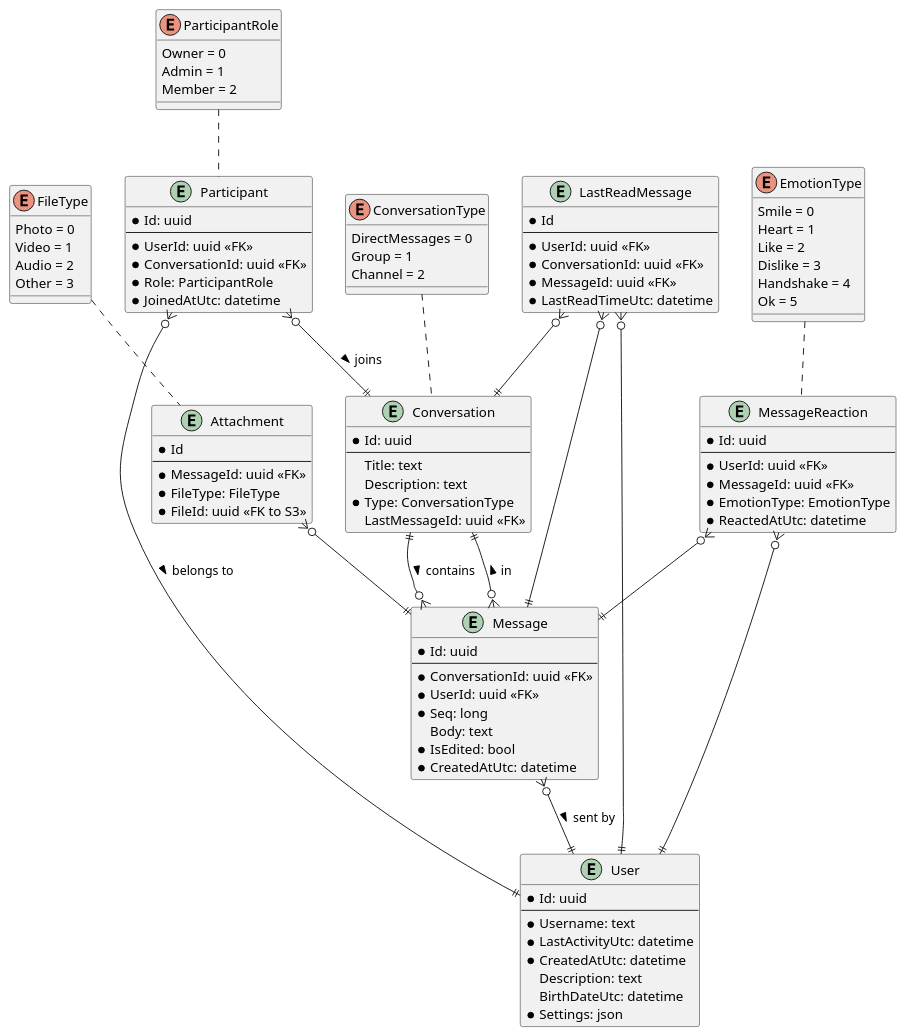
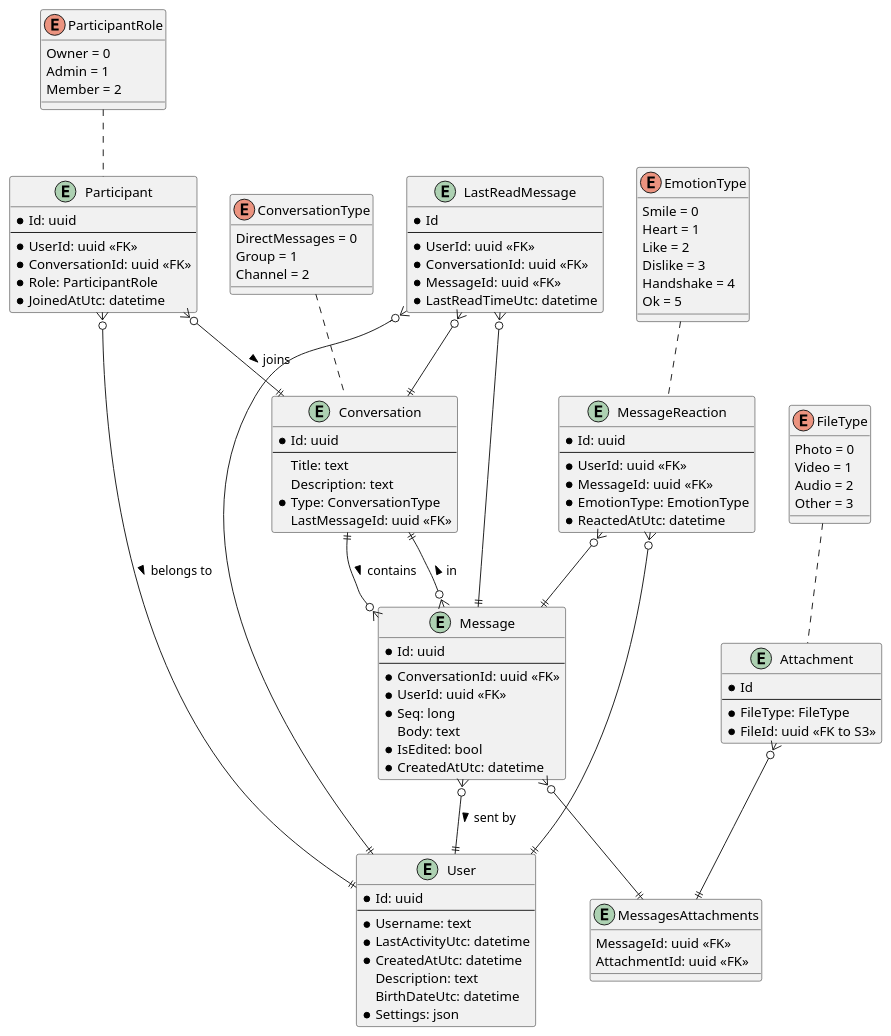
One commit to dkovban/pet-chat changed the diagram in Docs/PetChat.DatabaseDesign/DbDesign.puml. Above: the diagram before and after it, drawn with PlantUML. The commit also changed 1 other file, not shown here.

Commit message:
#3 - db schemas changed

```diff
--- a/Docs/PetChat.DatabaseDesign/DbDesign.puml
+++ b/Docs/PetChat.DatabaseDesign/DbDesign.puml
@@ -1,119 +1,125 @@
 @startuml USD
 
 enum ConversationType {
     DirectMessages = 0
     Group = 1
     Channel = 2
 }
 
 enum ParticipantRole {
     Owner = 0
     Admin = 1
     Member = 2
 }
 
 enum EmotionType {
     Smile = 0
     Heart = 1
     Like = 2
     Dislike = 3
     Handshake = 4
     Ok = 5
 }
 
 enum FileType {
     Photo = 0
     Video = 1
     Audio = 2
     Other = 3
 }
 
 entity User {
     * Id: uuid                                  /' Id пользователя '/
     --
     * Username: text                            /' Никнейм пользователя '/
     * LastActivityUtc: datetime                 /' Время последней активности пользователя '/
     * CreatedAtUtc: datetime                    /' Время регистрации аккаунта '/
     Description: text                           /' Описание пользователя '/
     BirthDateUtc: datetime                      /' Дата рождения пользователя '/
     * Settings: json                            /' Личные настройки пользователя '/
 }
 
 entity Conversation {
     * Id: uuid                                  /' Id разговора '/
     --
     Title: text                                 /' Наименование разговора '/
     Description: text                           /' Описание разговора '/
     * Type: ConversationType                    /' Тип разговора '/
     LastMessageId: uuid <<FK>>                  /' Id последнего сообщения в разговоре '/
 }
 
 entity Participant {
     * Id: uuid                                  /' Id участника разговора '/
     --
     * UserId: uuid <<FK>>                       /' Id пользователя '/
     * ConversationId: uuid <<FK>>               /' Id разговора '/
     * Role: ParticipantRole                     /' Роль участника разговора '/
     * JoinedAtUtc: datetime                     /' Время вступления в разговор '/
 }
 
 entity Message {
     * Id: uuid                                  /' Id сообщения '/
     --
     * ConversationId: uuid <<FK>>               /' Id разговора '/
     * UserId: uuid <<FK>>                       /' Id пользователя '/
     * Seq: long                                 /' Порядковый номер сообщения в разговоре '/
     Body: text                                  /' Текст сообщения '/
     * IsEdited: bool                            /' Флаг присутствия изменений в сообщении '/
     * CreatedAtUtc: datetime                    /' Время создания сообщения '/
 }
 
+entity MessagesAttachments
+{
+    MessageId: uuid <<FK>>                      /' Id сообщения '/
+    AttachmentId: uuid <<FK>>                   /' Id вложения '/
+}
+
 entity LastReadMessage {
     * Id                                        /' Id записи '/
     --
     * UserId: uuid <<FK>>                       /' Id пользователя '/
     * ConversationId: uuid <<FK>>               /' Id разговора '/
     * MessageId: uuid <<FK>>                    /' Id сообщения '/
     * LastReadTimeUtc: datetime                 /' Время последнего прочтения '/
 }
 
 entity MessageReaction {
     * Id: uuid                                  /' Id реакции на сообщение '/
     --
     * UserId: uuid <<FK>>                       /' Id пользователя '/
     * MessageId: uuid <<FK>>                    /' Id сообщения '/
     * EmotionType: EmotionType                  /' Тип эмоции '/
     * ReactedAtUtc: datetime                    /' Время реакции '/
 }
 
 entity Attachment {
     * Id                                        /' Id приложения '/
     --
-    * MessageId: uuid <<FK>>                    /' Id сообщения '/
     * FileType: FileType                        /' Тип файла '/
     * FileId: uuid <<FK to S3>>                 /' Id файла в S3 '/
 }
 
 ConversationType .. Conversation
 ParticipantRole .. Participant
 EmotionType .. MessageReaction
 FileType .. Attachment
 
 Participant }o--|| User : belongs to >
 Participant }o--|| Conversation : joins >
 
 Message }o--|| User : sent by >
 Message }o--|| Conversation : in >
 
 Conversation ||--o{ Message : contains >
 
 LastReadMessage }o--|| User
 LastReadMessage }o--|| Conversation
 LastReadMessage }o--|| Message
 
 MessageReaction }o--|| User
 MessageReaction }o--|| Message
 
-Attachment }o--|| Message
+Attachment }o--|| MessagesAttachments
+Message }o--|| MessagesAttachments
 
 @enduml
```
